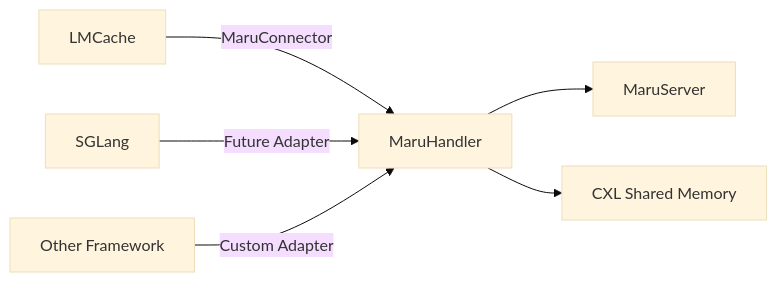
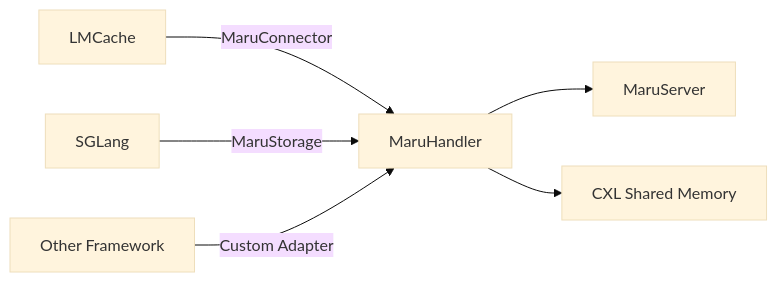
The fifth of 5 diagrams in docs/source/design_doc/architecture_overview.md (seohui-XCENA/maru), drawn with Mermaid (base theme) before and after one commit. The commit also changed other lines of this file and 36 other files, not shown here.

````diff
--- a/docs/source/design_doc/architecture_overview.md
+++ b/docs/source/design_doc/architecture_overview.md
@@ -175,8 +175,8 @@
 ```mermaid
 graph LR
     A[LMCache] -->|MaruConnector| D[MaruHandler]
-    B[SGLang] -->|Future Adapter| D
+    B[SGLang] -->|MaruStorage| D
     C[Other Framework] -->|Custom Adapter| D
     D --> E[MaruServer]
     D --> F[CXL Shared Memory]
 ```
````
